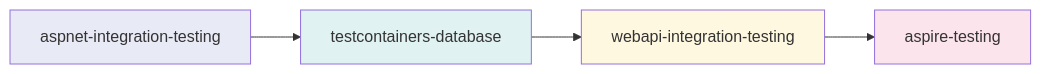
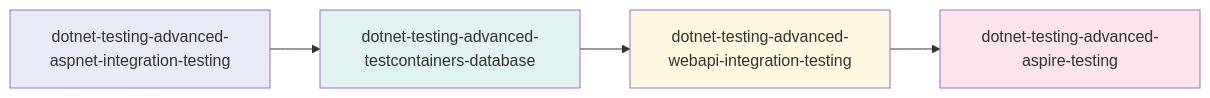
The fourth of 4 diagrams in README.md (kevintsengtw/dotnet-testing-agent-skills), drawn with Mermaid before and after one commit. The commit also changed other lines of this file, not shown here.

````diff
--- a/README.md
+++ b/README.md
@@ -415,11 +415,11 @@
 ```mermaid
 graph LR
-    A[aspnet-integration-testing] --> B[testcontainers-database]
-    B --> C[webapi-integration-testing]
-    C --> D[aspire-testing]
+    A[dotnet-testing-advanced-aspnet-integration-testing] --> B[dotnet-testing-advanced-testcontainers-database]
+    B --> C[dotnet-testing-advanced-webapi-integration-testing]
+    C --> D[dotnet-testing-advanced-aspire-testing]
     
     style A fill:#e8eaf6
     style B fill:#e0f2f1
     style C fill:#fff8e1
     style D fill:#fce4ec
 ```
````
